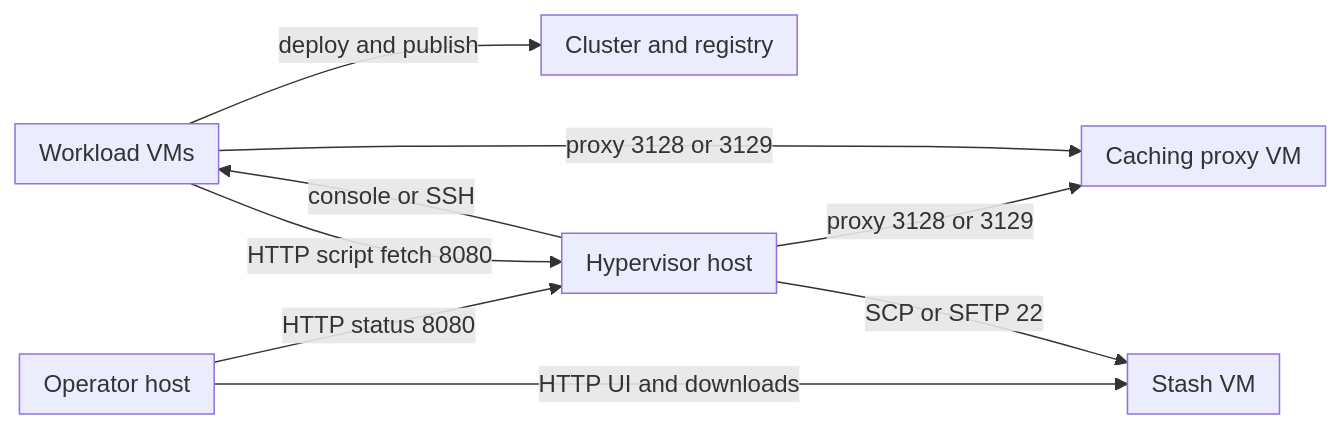
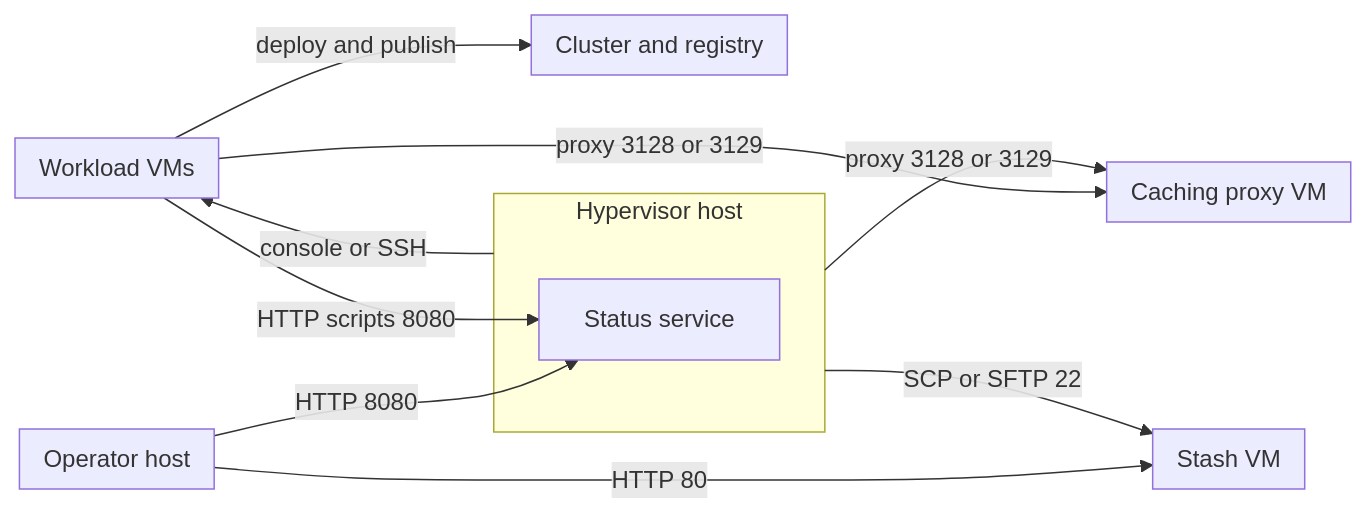
The first of 5 diagrams in docs/design/06-deployment.md (alissonsol/yuruna), drawn with Mermaid before and after one commit. The commit also changed other lines of this file and 1343 other files, not shown here.

````diff
--- a/docs/design/06-deployment.md
+++ b/docs/design/06-deployment.md
@@ -13,23 +13,24 @@
 ```mermaid
 flowchart LR
     subgraph operator-host["Operator host"]
     end
-    subgraph hypervisor-host["Hypervisor host"]
+    subgraph host["Hypervisor host"]
+        start-status-service-ps1["Status service"]
     end
-    subgraph workload-vms["Workload VMs"]
+    subgraph guest["Workload VMs"]
     end
     subgraph caching-proxy-service["Caching proxy VM"]
     end
     subgraph stash-service["Stash VM"]
     end
-    subgraph deployment-targets["Cluster and registry"]
+    subgraph global-resources["Cluster and registry"]
     end
-    operator-host -->|HTTP status 8080| hypervisor-host
-    operator-host -->|HTTP UI and downloads| stash-service
-    hypervisor-host -->|console or SSH| workload-vms
-    workload-vms -->|HTTP script fetch 8080| hypervisor-host
-    hypervisor-host -->|proxy 3128 or 3129| caching-proxy-service
-    workload-vms -->|proxy 3128 or 3129| caching-proxy-service
-    hypervisor-host -->|SCP or SFTP 22| stash-service
-    workload-vms -->|deploy and publish| deployment-targets
+    operator-host -->|HTTP 8080| start-status-service-ps1
+    operator-host -->|HTTP 80| stash-service
+    host -->|console or SSH| guest
+    guest -->|HTTP scripts 8080| start-status-service-ps1
+    host -->|proxy 3128 or 3129| caching-proxy-service
+    guest -->|proxy 3128 or 3129| caching-proxy-service
+    host -->|SCP or SFTP 22| stash-service
+    guest -->|deploy and publish| global-resources
 ```
````
